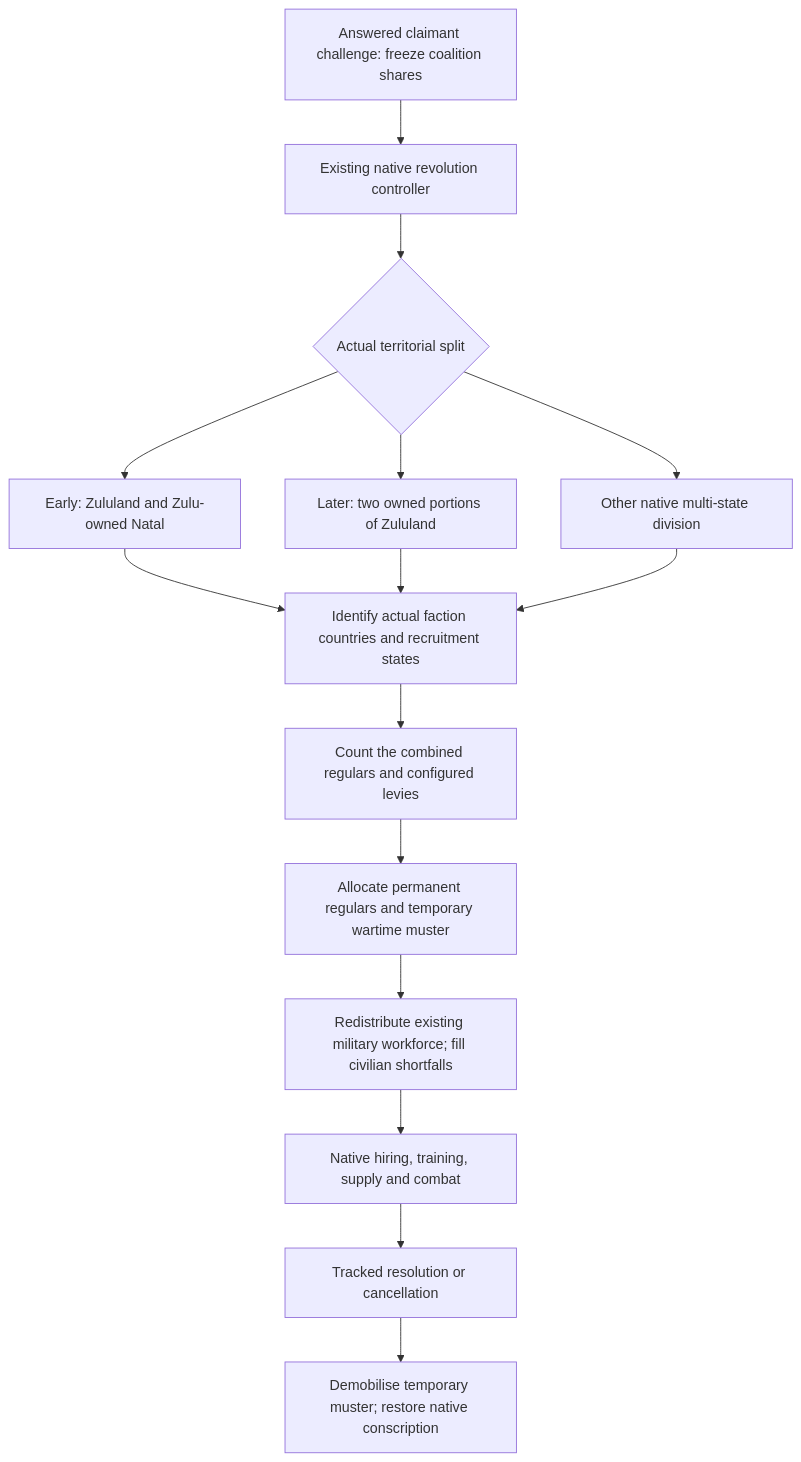
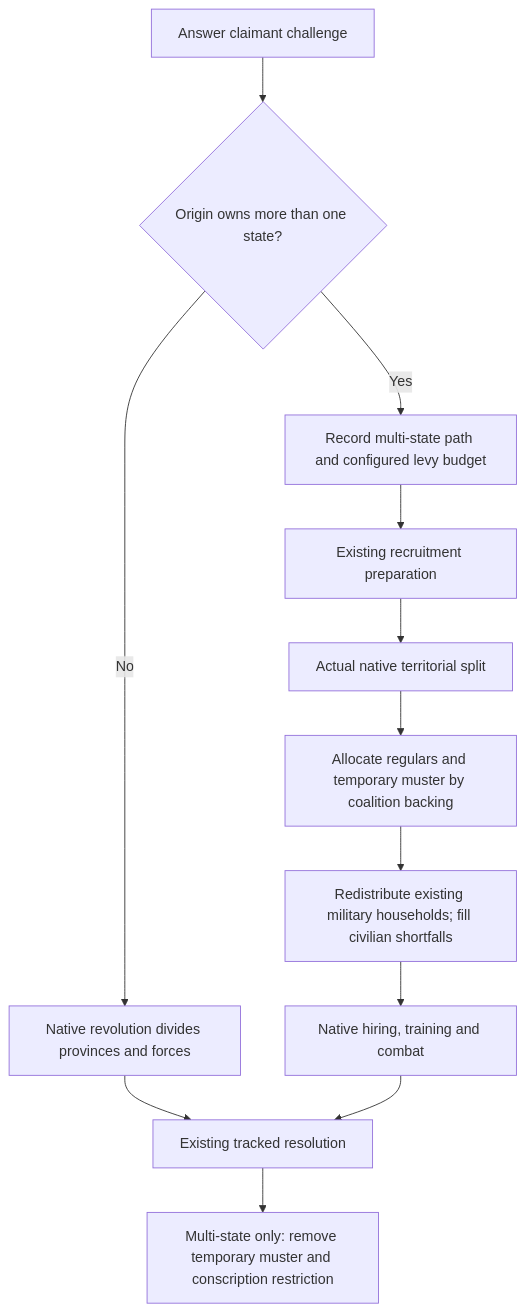
The diagram in Docs/zulu_civil_war_muster_proposal_2026_10_29.md (kaapse-tollie/spes-bona), drawn with Mermaid before and after one commit. The commit also changed other lines of this file and 180 other files, not shown here.

First line of the commit message:
Checkpoint SB 0.20.3 before one-state coalition recruitment trial

````diff
--- a/Docs/zulu_civil_war_muster_proposal_2026_10_29.md
+++ b/Docs/zulu_civil_war_muster_proposal_2026_10_29.md
@@ -25,17 +18,14 @@
 ```mermaid
 flowchart TD
-    A[Answered claimant challenge: freeze coalition shares] --> B[Existing native revolution controller]
-    B --> C{Actual territorial split}
-    C --> D[Early: Zululand and Zulu-owned Natal]
-    C --> E[Later: two owned portions of Zululand]
-    C --> F[Other native multi-state division]
-    D --> G[Identify actual faction countries and recruitment states]
-    E --> G
-    F --> G
-    G --> H[Count the combined regulars and configured levies]
-    H --> I[Allocate permanent regulars and temporary wartime muster]
-    I --> J[Redistribute existing military workforce; fill civilian shortfalls]
-    J --> K[Native hiring, training, supply and combat]
-    K --> L[Tracked resolution or cancellation]
-    L --> M[Demobilise temporary muster; restore native conscription]
+    A[Answer claimant challenge] --> B{Origin owns more than one state?}
+    B -->|No| C[Native revolution divides provinces and forces]
+    B -->|Yes| D[Record multi-state path and configured levy budget]
+    D --> E[Existing recruitment preparation]
+    E --> F[Actual native territorial split]
+    F --> G[Allocate regulars and temporary muster by coalition backing]
+    G --> H[Redistribute existing military households; fill civilian shortfalls]
+    H --> I[Native hiring, training and combat]
+    C --> J[Existing tracked resolution]
+    I --> J
+    J --> K[Multi-state only: remove temporary muster and conscription restriction]
 ```
````
